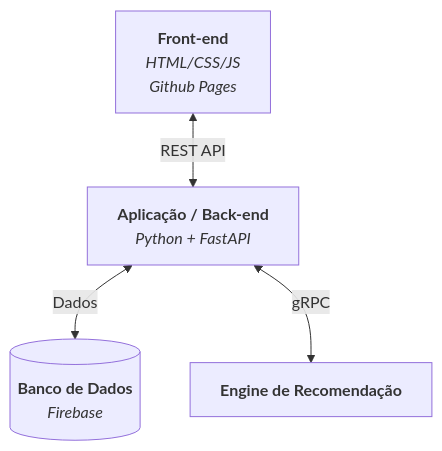
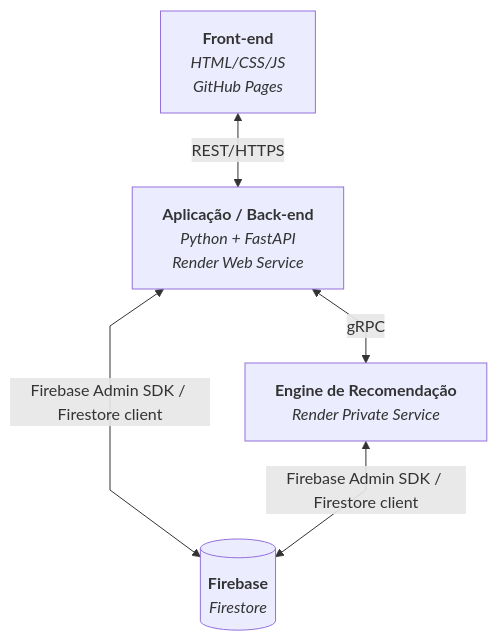
Before and after one commit to OctavioFurio/Link: the diagram in README.md, drawn with Mermaid. The commit also changed other lines of this file, not shown here.

````diff
--- a/README.md
+++ b/README.md
@@ -6,11 +6,16 @@
 ```mermaid
 graph TD
-    FE[<b>Front-end</b><br><i>HTML/CSS/JS<br>Github Pages] <-->|REST API| API
+    FE[<b>Front-end</b><br><i>HTML/CSS/JS<br/>GitHub Pages</i>] <-->|REST/HTTPS| API
 
-    API[<b>Aplicação / Back-end</b><br><i>Python + FastAPI]
-    
-    Base[(<b>Banco de Dados</b><br><i>Firebase)]
-    API <-->|Dados| Base
+    API[<b>Aplicação / Back-end</b><br><i>Python + FastAPI<br/>Render Web Service</i>]
 
-    API <-->|gRPC| ENG[<b>Engine de Recomendação]
+    ENG[<b>Engine de Recomendação</b><br><i>Render Private Service</i>]
+
+    Base[(<b>Firebase</b><br><i>Firestore</i>)]
+
+    API <-->|gRPC| ENG
+    API <-->|Firebase Admin SDK / Firestore client| Base
+    ENG <-->|Firebase Admin SDK / Firestore client| Base
+
+    linkStyle default interpolate linear
 ```
````
